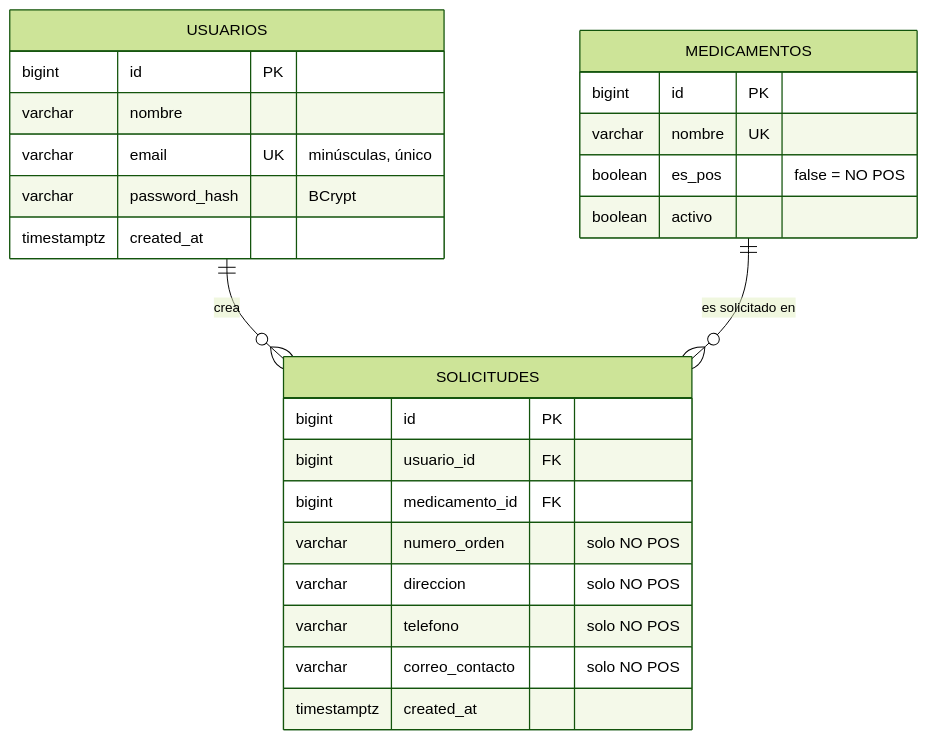
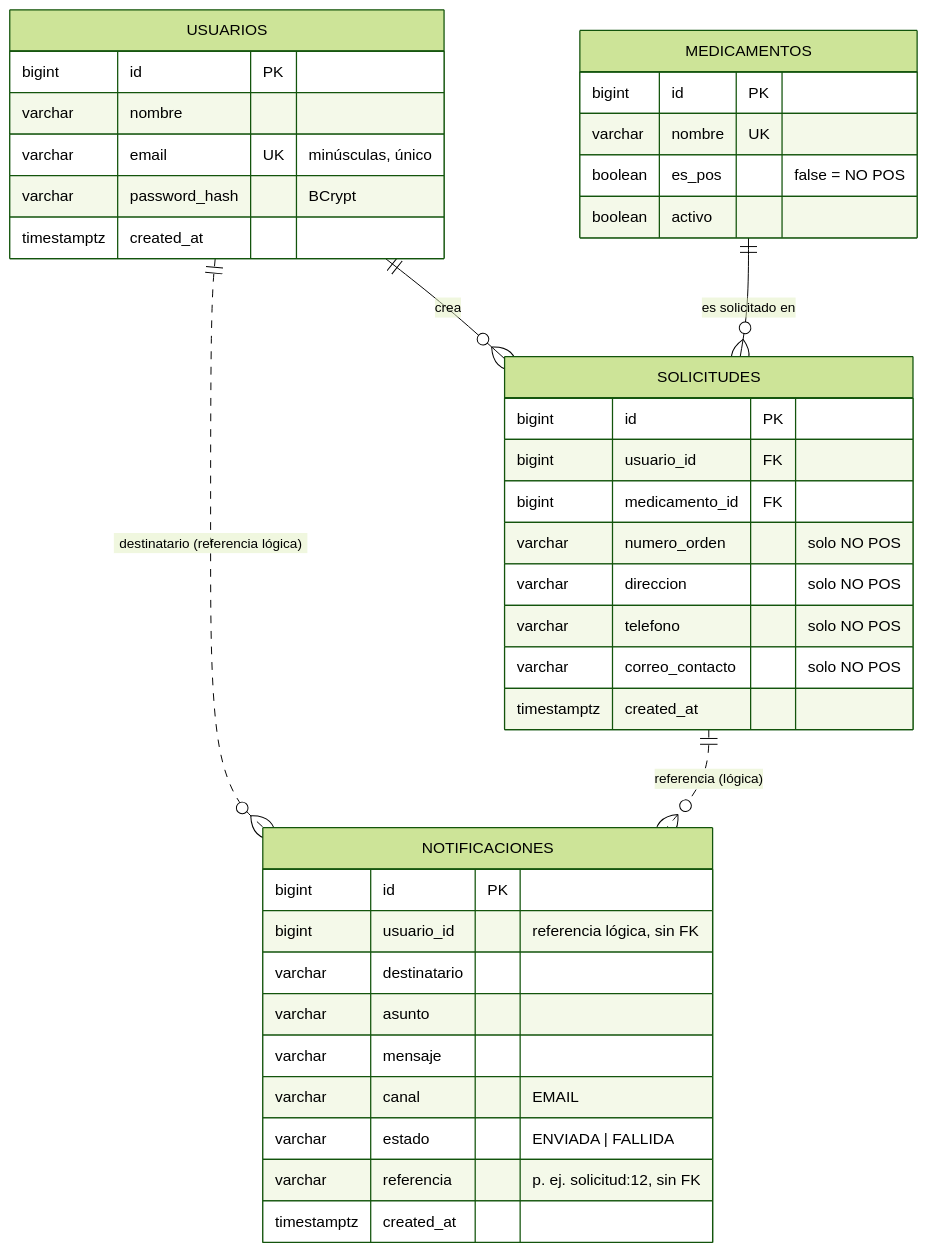
One commit to JuanCFreelancer/solicitudes-medicamentos changed the diagram in database/er-diagram.md. Above: the diagram before and after it, drawn with Mermaid (forest theme). The commit also changed other lines of this file and 2 other files, not shown here.

Commit message:
docs: actualiza modelo E-R, README y Postman con notificaciones y composición

````diff
--- a/database/er-diagram.md
+++ b/database/er-diagram.md
@@ -5,31 +5,45 @@
 ```mermaid
 erDiagram
     USUARIOS ||--o{ SOLICITUDES : "crea"
     MEDICAMENTOS ||--o{ SOLICITUDES : "es solicitado en"
+    USUARIOS ||..o{ NOTIFICACIONES : "destinatario (referencia lógica)"
+    SOLICITUDES ||..o{ NOTIFICACIONES : "referencia (lógica)"
 
     USUARIOS {
         bigint id PK
         varchar nombre
         varchar email UK "minúsculas, único"
         varchar password_hash "BCrypt"
         timestamptz created_at
     }
 
     MEDICAMENTOS {
         bigint id PK
         varchar nombre UK
         boolean es_pos "false = NO POS"
         boolean activo
     }
 
     SOLICITUDES {
         bigint id PK
         bigint usuario_id FK
         bigint medicamento_id FK
         varchar numero_orden "solo NO POS"
         varchar direccion "solo NO POS"
         varchar telefono "solo NO POS"
         varchar correo_contacto "solo NO POS"
         timestamptz created_at
     }
+
+    NOTIFICACIONES {
+        bigint id PK
+        bigint usuario_id "referencia lógica, sin FK"
+        varchar destinatario
+        varchar asunto
+        varchar mensaje
+        varchar canal "EMAIL"
+        varchar estado "ENVIADA | FALLIDA"
+        varchar referencia "p. ej. solicitud:12, sin FK"
+        timestamptz created_at
+    }
 ```
````
